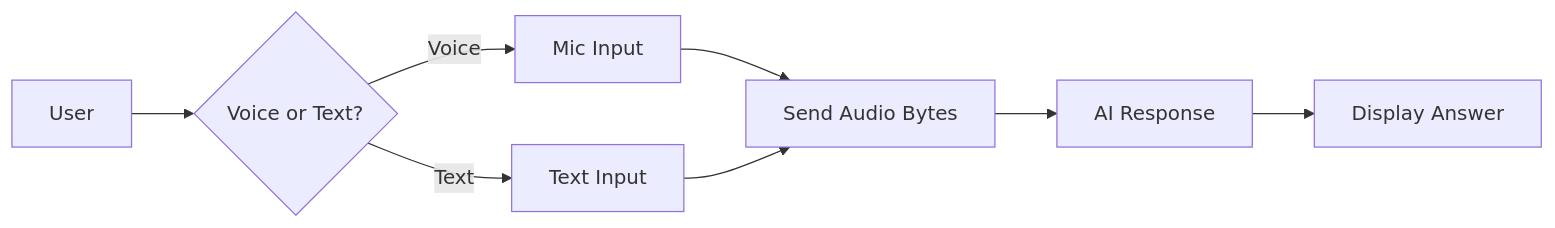
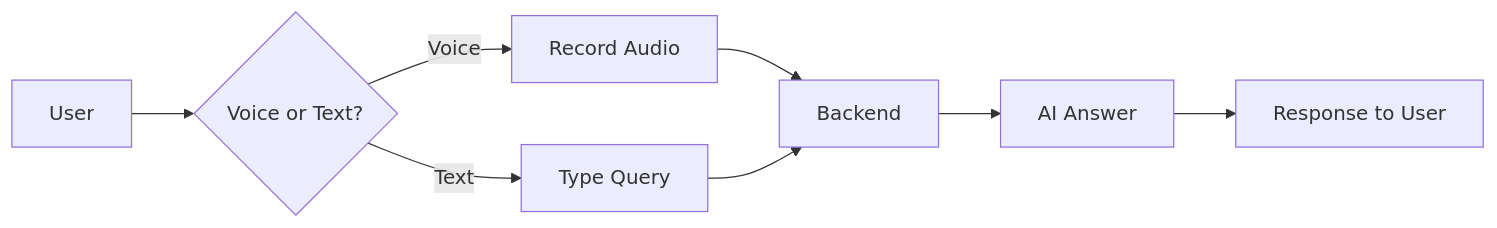
The second of 2 diagrams in README.md (shalcoder/JanSathi), drawn with Mermaid before and after one commit. The commit also changed other lines of this file, not shown here.

````diff
--- a/README.md
+++ b/README.md
@@ -214,10 +248,10 @@
 ```mermaid
 flowchart LR
     U[User] --> Q{Voice or Text?}
-    Q -->|Voice| V[Mic Input]
-    Q -->|Text| T[Text Input]
-    V --> S[Send Audio Bytes]
-    T --> S
-    S --> A[AI Response]
-    A --> D[Display Answer]
+    Q -->|Voice| V[Record Audio]
+    Q -->|Text| T[Type Query]
+    V --> B[Backend]
+    T --> B
+    B --> A[AI Answer]
+    A --> R[Response to User]
 ```
````
